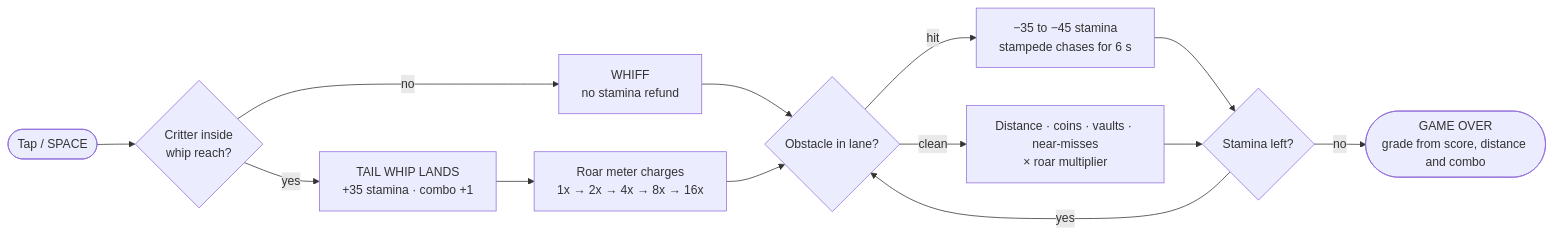
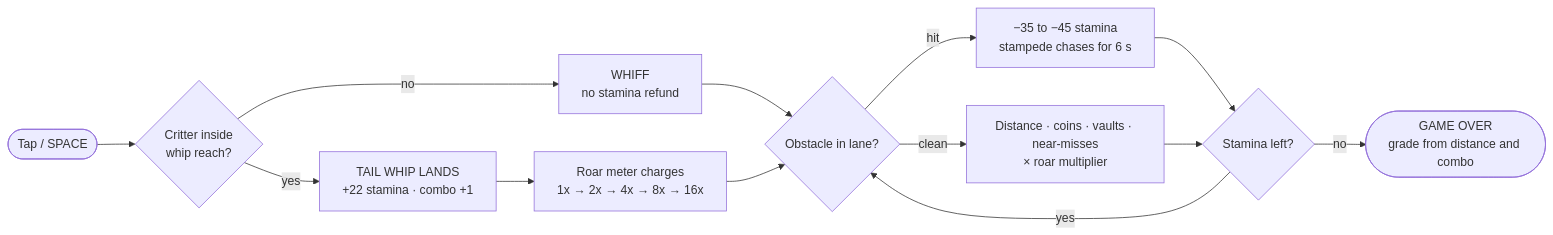
The first of 2 diagrams in README.md (thesithunyein/swiposaur), drawn with Mermaid before and after one commit. The commit also changed other lines of this file and 3 other files, not shown here.

````diff
--- a/README.md
+++ b/README.md
@@ -70,15 +71,15 @@
 ```mermaid
 flowchart LR
     start(["Tap / SPACE"]) --> range{"Critter inside<br/>whip reach?"}
-    range -- yes --> hit["TAIL WHIP LANDS<br/>+35 stamina · combo +1"]
+    range -- yes --> hit["TAIL WHIP LANDS<br/>+22 stamina · combo +1"]
     range -- no --> whiff["WHIFF<br/>no stamina refund"]
     hit --> roar["Roar meter charges<br/>1x → 2x → 4x → 8x → 16x"]
     whiff --> dodge{"Obstacle in lane?"}
     roar --> dodge
     dodge -- "hit" --> dmg["−35 to −45 stamina<br/>stampede chases for 6 s"]
     dodge -- clean --> score["Distance · coins · vaults · near-misses<br/>× roar multiplier"]
     dmg --> alive{"Stamina left?"}
     score --> alive
     alive -- yes --> dodge
-    alive -- no --> over(["GAME OVER<br/>grade from score, distance and combo"])
+    alive -- no --> over(["GAME OVER<br/>grade from distance and combo"])
 ```
````
